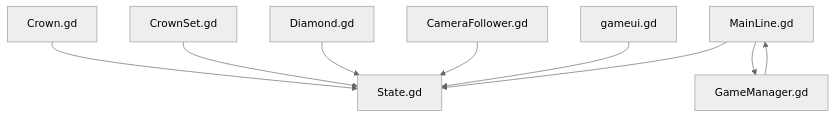
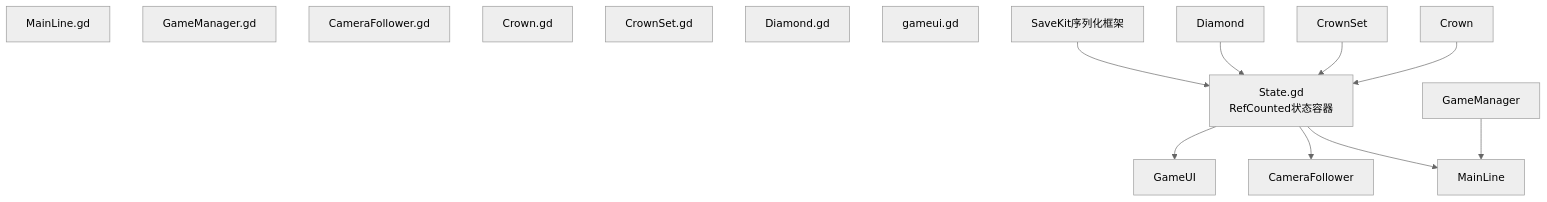
The second of 11 diagrams in .qoder/repowiki/zh/content/核心架构设计/设计模式应用/状态管理模式.md (godotline/godot-line), drawn with Mermaid (neutral theme) before and after one commit. The commit also changed other lines of this file and 687 other files, not shown here.

````diff
--- a/.qoder/repowiki/zh/content/核心架构设计/设计模式应用/状态管理模式.md
+++ b/.qoder/repowiki/zh/content/核心架构设计/设计模式应用/状态管理模式.md
@@ -104,19 +108,20 @@
 ```mermaid
 graph TB
-State["State.gd"]
+State["State.gd<br/>RefCounted状态容器"]
 ML["MainLine.gd"]
 GM["GameManager.gd"]
 CF["CameraFollower.gd"]
 CR["Crown.gd"]
 CRS["CrownSet.gd"]
 DM["Diamond.gd"]
 UI["gameui.gd"]
-CR --> State
-CRS --> State
-DM --> State
-ML --> State
-CF --> State
-UI --> State
-GM --> ML
-ML --> GM
+SaveKit["SaveKit序列化框架"]
+State --> MainLine
+State --> CameraFollower
+State --> GameUI
+GameManager --> MainLine
+Crown --> State
+CrownSet --> State
+Diamond --> State
+SaveKit --> State
 ```
````
